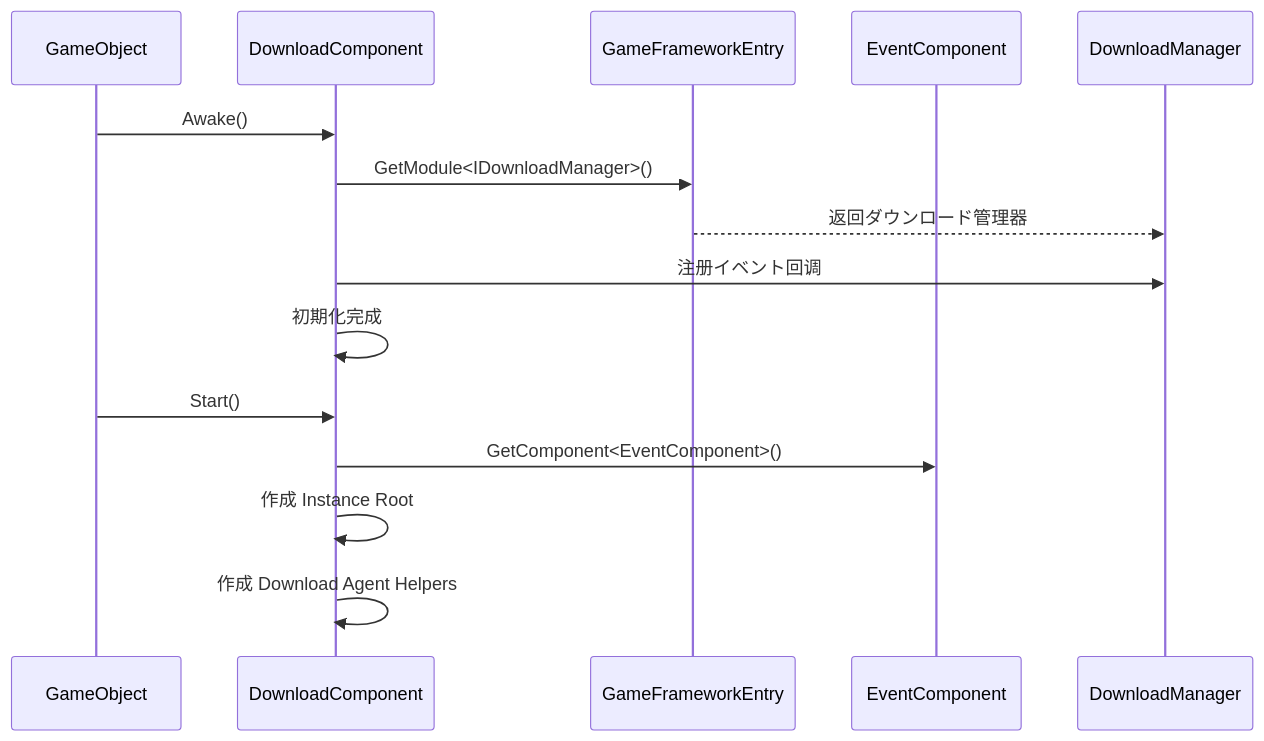
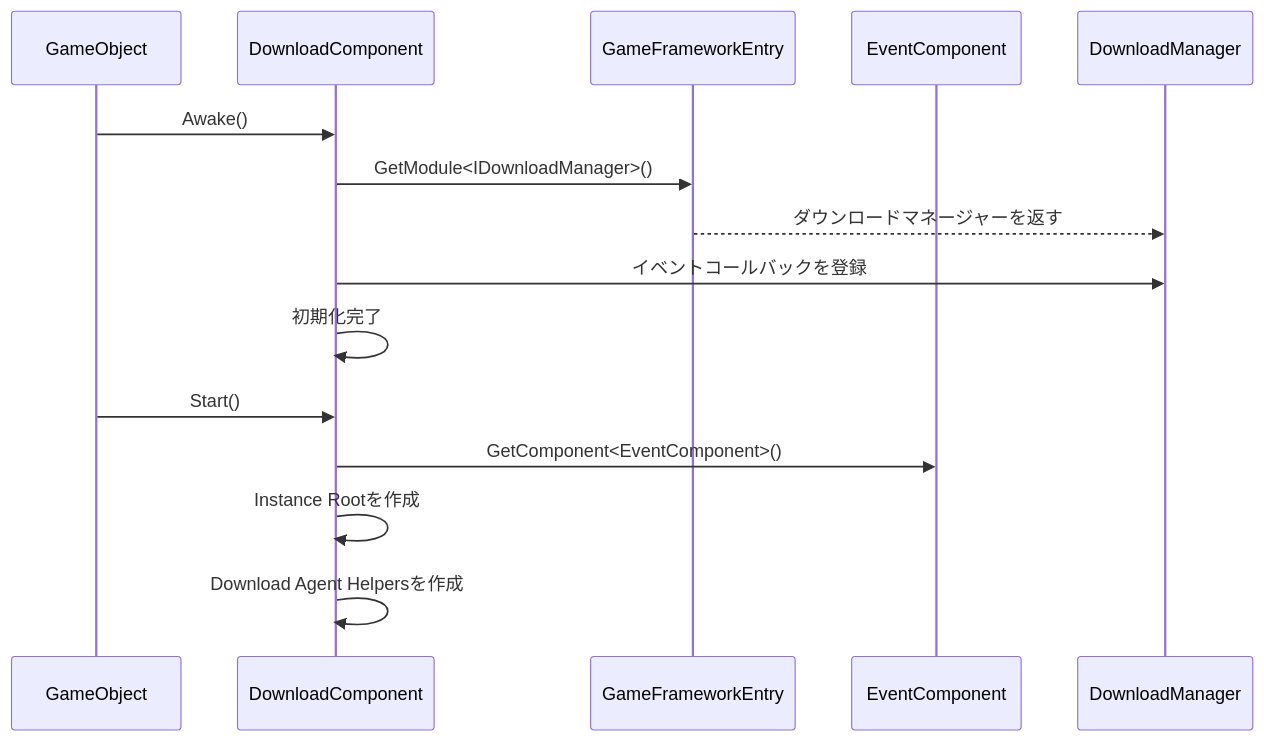
Before and after one commit to AlianBlank/GameFrameX.Docs: the second of 2 diagrams in docs/ja/client/unity/component/download/06.basic-setup.md, drawn with Mermaid. The commit also changed other lines of this file and 320 other files, not shown here.

````diff
--- a/docs/ja/client/unity/component/download/06.basic-setup.md
+++ b/docs/ja/client/unity/component/download/06.basic-setup.md
@@ -153,19 +153,19 @@
 ```mermaid
 sequenceDiagram
     participant GameObject as GameObject
     participant DownloadComponent as DownloadComponent
     participant GameFrameworkEntry as GameFrameworkEntry
     participant EventComponent as EventComponent
     participant DownloadManager as DownloadManager
 
     GameObject->>DownloadComponent: Awake()
     DownloadComponent->>GameFrameworkEntry: GetModule<IDownloadManager>()
-    GameFrameworkEntry-->>DownloadManager: 返回ダウンロード管理器
-    DownloadComponent->>DownloadManager: 注册イベント回调
-    DownloadComponent->>DownloadComponent: 初期化完成
+    GameFrameworkEntry-->>DownloadManager: ダウンロードマネージャーを返す
+    DownloadComponent->>DownloadManager: イベントコールバックを登録
+    DownloadComponent->>DownloadComponent: 初期化完了
 
     GameObject->>DownloadComponent: Start()
     DownloadComponent->>EventComponent: GetComponent<EventComponent>()
-    DownloadComponent->>DownloadComponent: 作成 Instance Root
-    DownloadComponent->>DownloadComponent: 作成 Download Agent Helpers
+    DownloadComponent->>DownloadComponent: Instance Rootを作成
+    DownloadComponent->>DownloadComponent: Download Agent Helpersを作成
 ```
````
